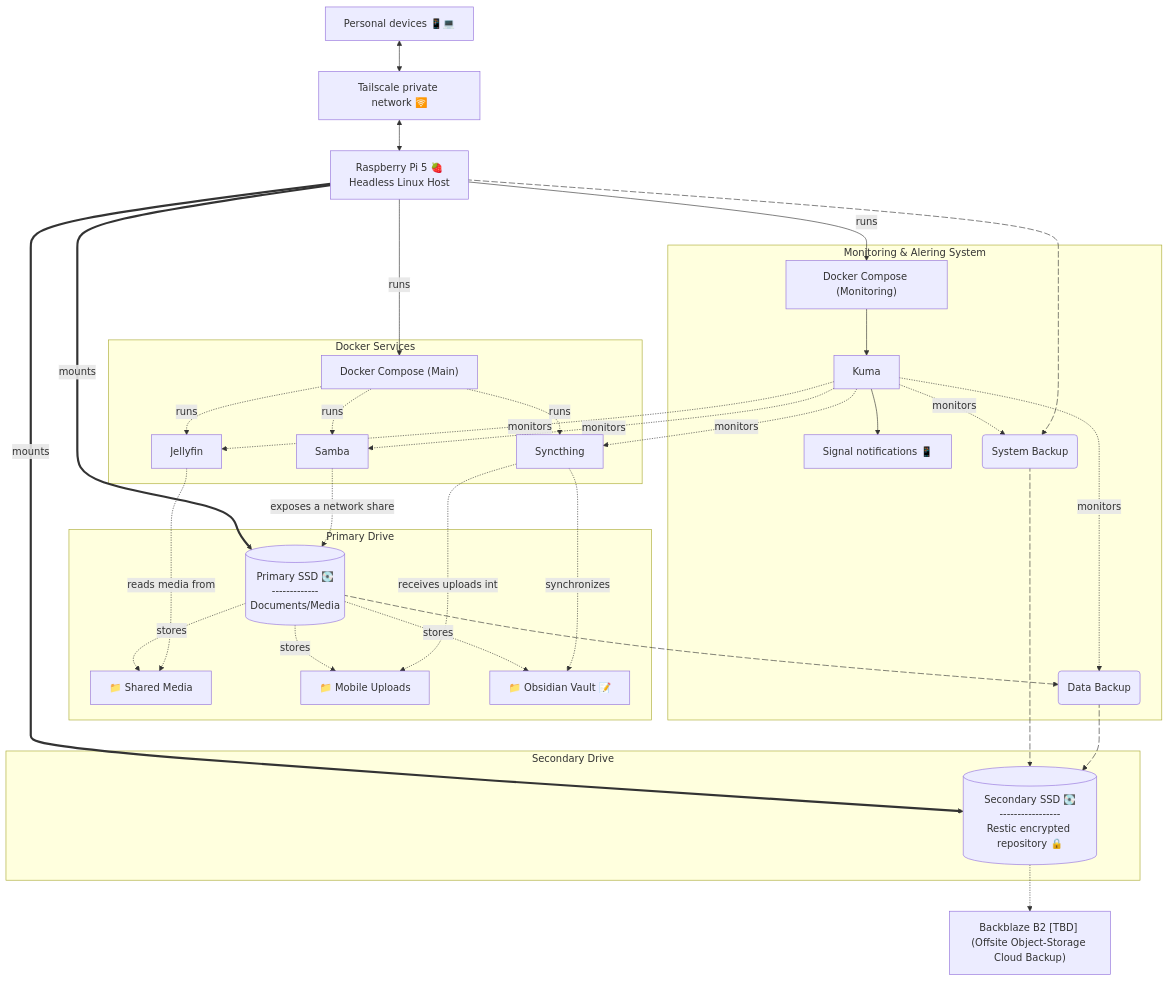
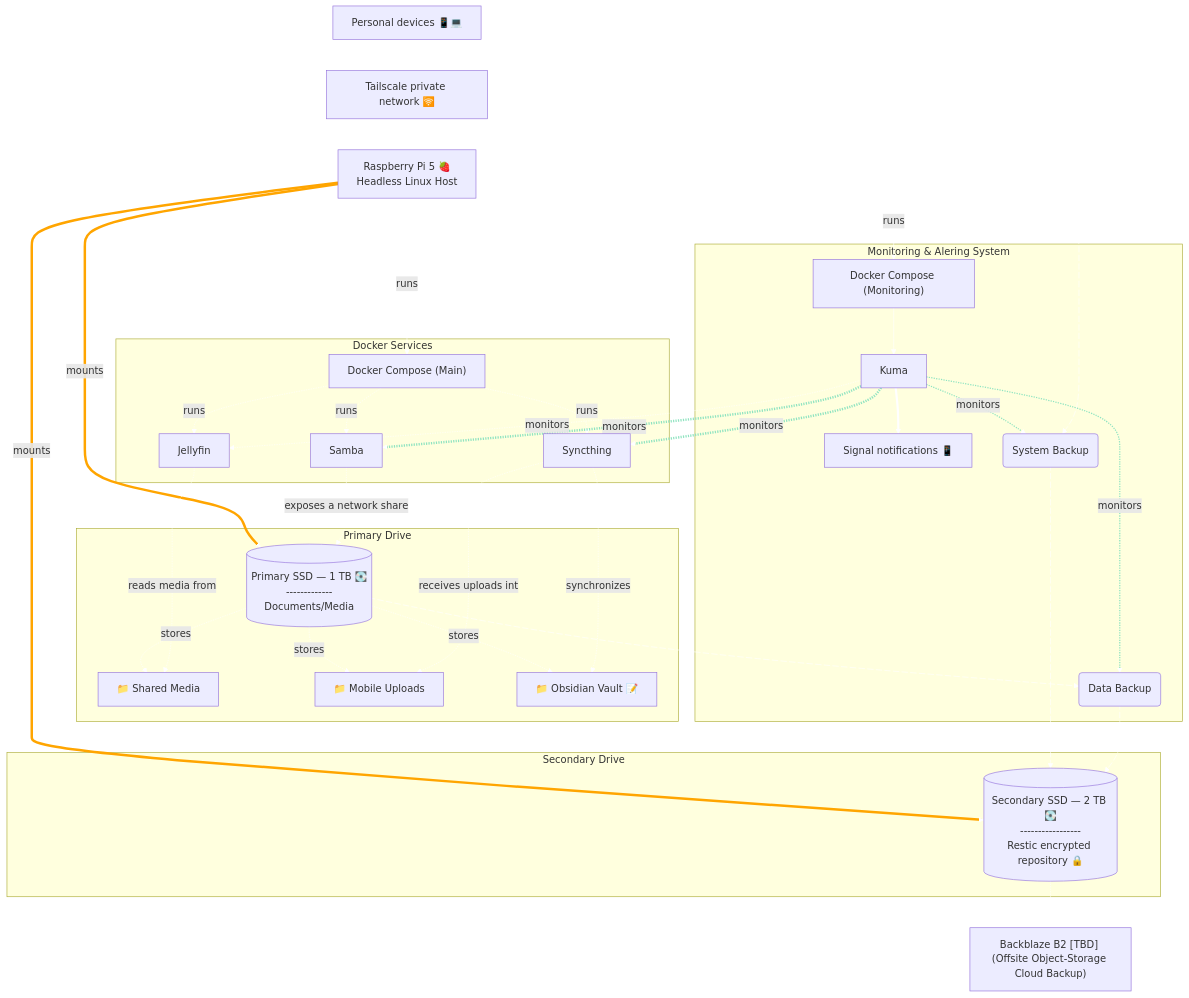
Before and after one commit to QuantumZenoSix/home-lab: the diagram in README.md, drawn with Mermaid.

Commit message:
Enhance README flowchart details and styles
Updated the README to include more detailed descriptions for the Primary and Secondary SSDs, and modified the link styles in the flowchart.

````diff
--- a/README.md
+++ b/README.md
@@ -25,6 +25,7 @@
 ```mermaid
 
 flowchart TB
+
 
     %% ========= DEFINE ITEMS ==========
     Pi["Raspberry Pi 5 🍓\nHeadless Linux Host"]
@@ -53,7 +54,7 @@
     %% PRIMARY DRIVE 
     subgraph Primary Drive
         %%PrimarySSD@{shape: lin-cyl, label: "Primary SSD — 1 TB 💽\n-----------------------------\n- Obsidian Vault\n- MobileUploads\n- Documents/Media"}
-        PrimarySSD[(Primary SSD 💽\n-------------\nDocuments/Media)]
+        PrimarySSD[(Primary SSD — 1 TB 💽\n-------------\nDocuments/Media)]
         SharedMedia["📁 Shared Media"]
         MobileUploads["📁 Mobile Uploads"]
         ObsidianVault["📁 Obsidian Vault 📝"]
@@ -65,7 +66,7 @@
 
 
     subgraph Secondary Drive
-        SecondarySSD[(Secondary SSD 💽\n-----------------\nRestic encrypted repository 🔒)]
+        SecondarySSD[(Secondary SSD — 2 TB 💽\n-----------------\nRestic encrypted repository 🔒)]
     end
 
     %% DOCKER SERVICES   
@@ -86,7 +87,7 @@
 
 
     subgraph Monitoring & Alering System
-        DockerComposeMonitor --> Kuma --> Signal
+        DockerComposeMonitor --> Kuma ==> Signal
         Kuma -.monitors.-> Jellyfin
         Kuma -.monitors.-> Syncthing
         Kuma -.monitors.-> Samba
@@ -118,5 +119,14 @@
 
     %%Kuma -.-> DockerServices
     
+    linkStyle default stroke:white
+    linkStyle 2 stroke-width:4px,stroke:orange
+    linkStyle 3 stroke-width:4px,stroke:orange
+    linkStyle 4 stroke:white
+    linkStyle 22 stroke-width:2px,stroke:#90E4C1
+    linkStyle 21 stroke-width:2px,stroke:#90E4C1
+    linkStyle 20 stroke-width:4px,stroke:#90E4C1
+    linkStyle 19 stroke-width:4px,stroke:#90E4C1
+
 
 ```
````
